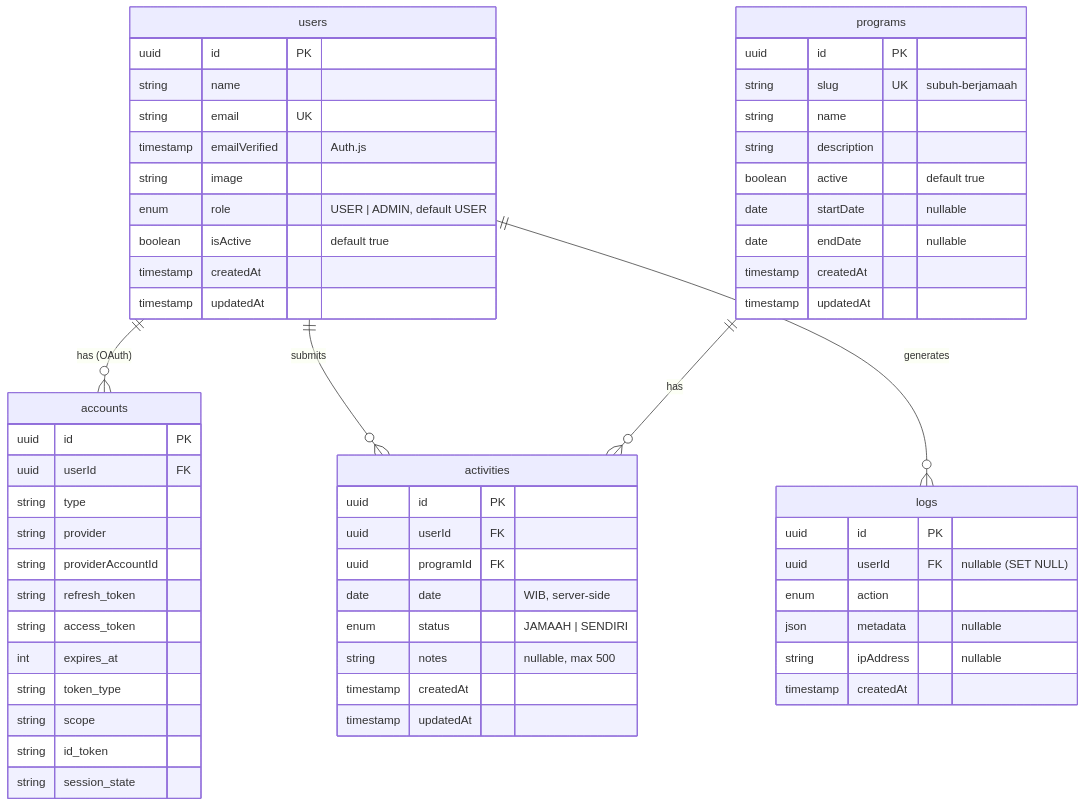
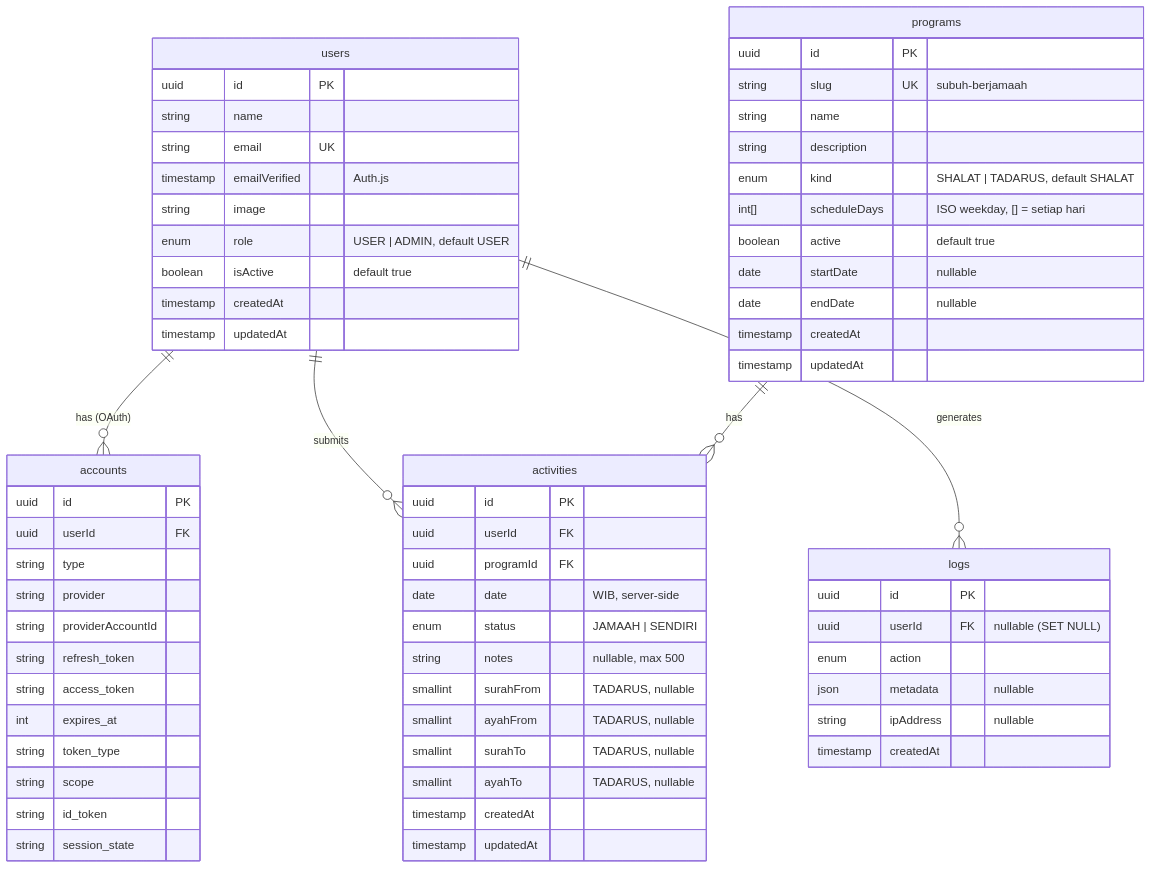
One commit to rikoaderinanda/habit-assic changed the first of 5 diagrams in docs/ARCHITECTURE.md. Above: the diagram before and after it, drawn with Mermaid. The commit also changed other lines of this file and 42 other files, not shown here.

````diff
--- a/docs/ARCHITECTURE.md
+++ b/docs/ARCHITECTURE.md
@@ -72,66 +76,72 @@
 ```mermaid
 erDiagram
     users ||--o{ accounts : "has (OAuth)"
     users ||--o{ activities : submits
     programs ||--o{ activities : "has"
     users ||--o{ logs : "generates"
 
     users {
         uuid id PK
         string name
         string email UK
         timestamp emailVerified "Auth.js"
         string image
         enum role "USER | ADMIN, default USER"
         boolean isActive "default true"
         timestamp createdAt
         timestamp updatedAt
     }
 
     accounts {
         uuid id PK
         uuid userId FK
         string type
         string provider
         string providerAccountId
         string refresh_token
         string access_token
         int expires_at
         string token_type
         string scope
         string id_token
         string session_state
     }
 
     programs {
         uuid id PK
         string slug UK "subuh-berjamaah"
         string name
         string description
+        enum kind "SHALAT | TADARUS, default SHALAT"
+        int[] scheduleDays "ISO weekday, [] = setiap hari"
         boolean active "default true"
         date startDate "nullable"
         date endDate "nullable"
         timestamp createdAt
         timestamp updatedAt
     }
 
     activities {
         uuid id PK
         uuid userId FK
         uuid programId FK
         date date "WIB, server-side"
         enum status "JAMAAH | SENDIRI"
         string notes "nullable, max 500"
+        smallint surahFrom "TADARUS, nullable"
+        smallint ayahFrom "TADARUS, nullable"
+        smallint surahTo "TADARUS, nullable"
+        smallint ayahTo "TADARUS, nullable"
         timestamp createdAt
         timestamp updatedAt
     }
 
     logs {
         uuid id PK
         uuid userId FK "nullable (SET NULL)"
         enum action
         json metadata "nullable"
         string ipAddress "nullable"
         timestamp createdAt
     }
 ```
````
